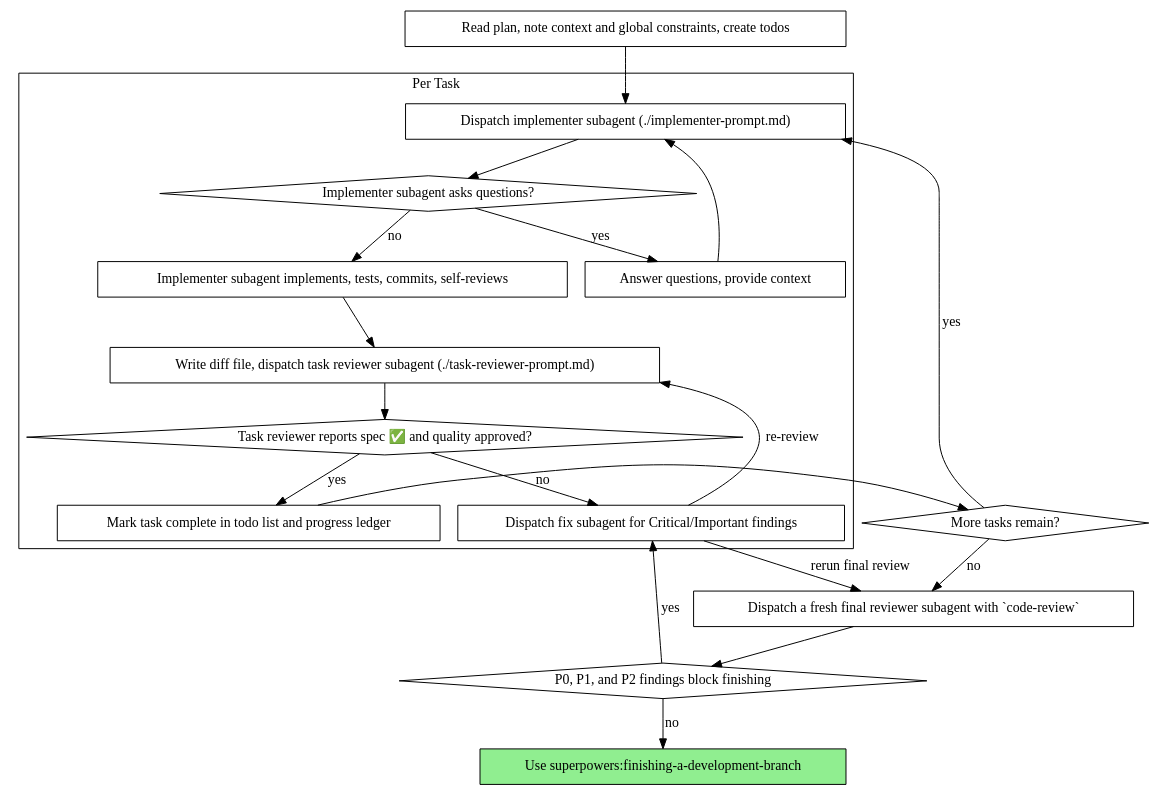
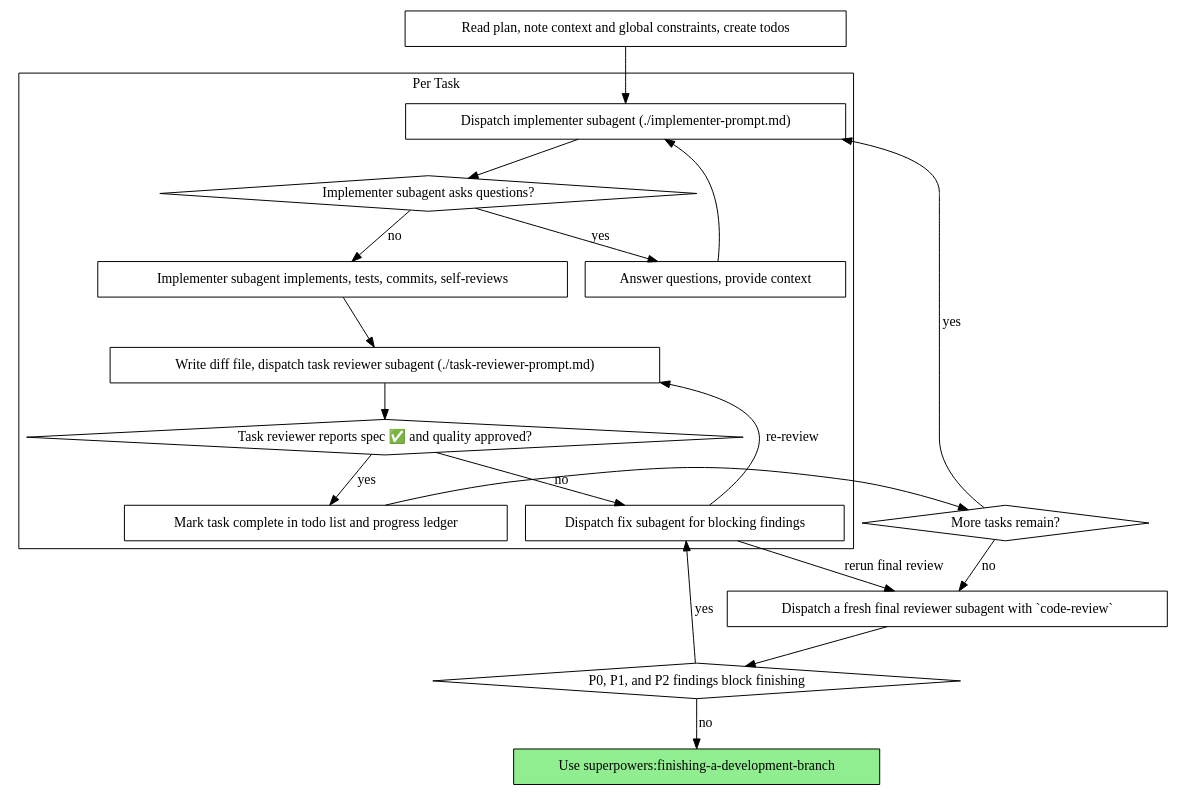
The second of 2 diagrams in skills/subagent-driven-development/SKILL.md (heyi-co/superpowers), drawn with Graphviz before and after one commit.

Commit message:
Clarify blocking review fix node

````diff
--- a/skills/subagent-driven-development/SKILL.md
+++ b/skills/subagent-driven-development/SKILL.md
@@ -47,41 +47,41 @@
 ```dot
 digraph process {
     rankdir=TB;
 
     subgraph cluster_per_task {
         label="Per Task";
         "Dispatch implementer subagent (./implementer-prompt.md)" [shape=box];
         "Implementer subagent asks questions?" [shape=diamond];
         "Answer questions, provide context" [shape=box];
         "Implementer subagent implements, tests, commits, self-reviews" [shape=box];
         "Write diff file, dispatch task reviewer subagent (./task-reviewer-prompt.md)" [shape=box];
         "Task reviewer reports spec ✅ and quality approved?" [shape=diamond];
-        "Dispatch fix subagent for Critical/Important findings" [shape=box];
+        "Dispatch fix subagent for blocking findings" [shape=box];
         "Mark task complete in todo list and progress ledger" [shape=box];
     }
 
     "Read plan, note context and global constraints, create todos" [shape=box];
     "More tasks remain?" [shape=diamond];
     "Dispatch a fresh final reviewer subagent with `code-review`" [shape=box];
     "P0, P1, and P2 findings block finishing" [shape=diamond];
     "Use superpowers:finishing-a-development-branch" [shape=box style=filled fillcolor=lightgreen];
 
     "Read plan, note context and global constraints, create todos" -> "Dispatch implementer subagent (./implementer-prompt.md)";
     "Dispatch implementer subagent (./implementer-prompt.md)" -> "Implementer subagent asks questions?";
     "Implementer subagent asks questions?" -> "Answer questions, provide context" [label="yes"];
     "Answer questions, provide context" -> "Dispatch implementer subagent (./implementer-prompt.md)";
     "Implementer subagent asks questions?" -> "Implementer subagent implements, tests, commits, self-reviews" [label="no"];
     "Implementer subagent implements, tests, commits, self-reviews" -> "Write diff file, dispatch task reviewer subagent (./task-reviewer-prompt.md)";
     "Write diff file, dispatch task reviewer subagent (./task-reviewer-prompt.md)" -> "Task reviewer reports spec ✅ and quality approved?";
-    "Task reviewer reports spec ✅ and quality approved?" -> "Dispatch fix subagent for Critical/Important findings" [label="no"];
-    "Dispatch fix subagent for Critical/Important findings" -> "Write diff file, dispatch task reviewer subagent (./task-reviewer-prompt.md)" [label="re-review"];
+    "Task reviewer reports spec ✅ and quality approved?" -> "Dispatch fix subagent for blocking findings" [label="no"];
+    "Dispatch fix subagent for blocking findings" -> "Write diff file, dispatch task reviewer subagent (./task-reviewer-prompt.md)" [label="re-review"];
     "Task reviewer reports spec ✅ and quality approved?" -> "Mark task complete in todo list and progress ledger" [label="yes"];
     "Mark task complete in todo list and progress ledger" -> "More tasks remain?";
     "More tasks remain?" -> "Dispatch implementer subagent (./implementer-prompt.md)" [label="yes"];
     "More tasks remain?" -> "Dispatch a fresh final reviewer subagent with `code-review`" [label="no"];
     "Dispatch a fresh final reviewer subagent with `code-review`" -> "P0, P1, and P2 findings block finishing";
-    "P0, P1, and P2 findings block finishing" -> "Dispatch fix subagent for Critical/Important findings" [label="yes"];
-    "Dispatch fix subagent for Critical/Important findings" -> "Dispatch a fresh final reviewer subagent with `code-review`" [label="rerun final review"];
+    "P0, P1, and P2 findings block finishing" -> "Dispatch fix subagent for blocking findings" [label="yes"];
+    "Dispatch fix subagent for blocking findings" -> "Dispatch a fresh final reviewer subagent with `code-review`" [label="rerun final review"];
     "P0, P1, and P2 findings block finishing" -> "Use superpowers:finishing-a-development-branch" [label="no"];
 }
 ```
````
